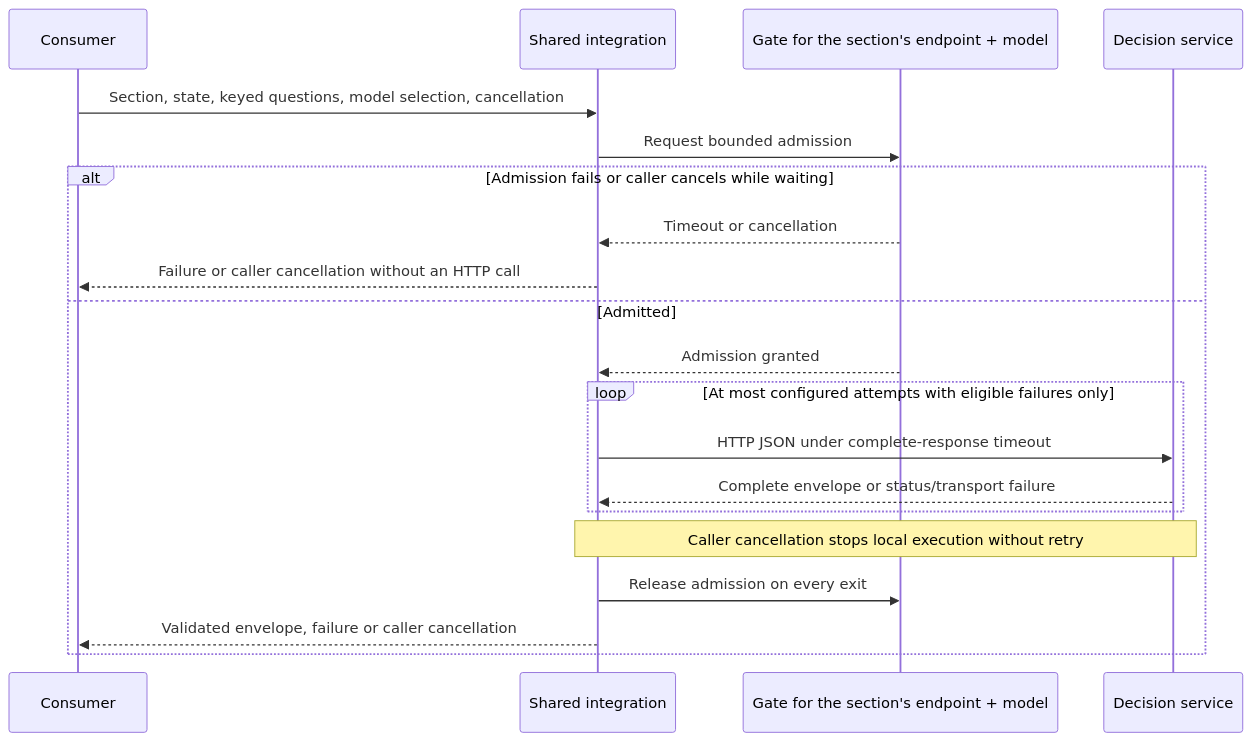
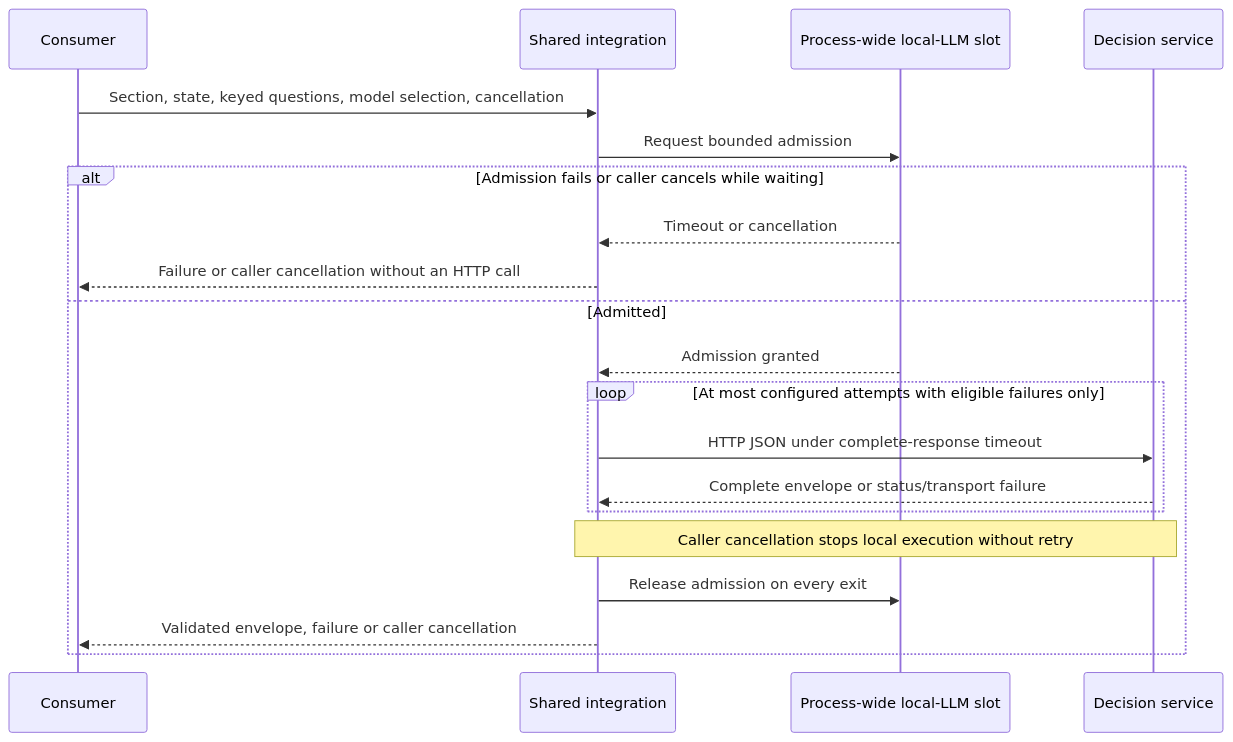
Before and after one commit to generic-automation-and-it/smooth-llm-imposter: the diagram in docs/hlds/015-shared-decision-model-integration/diagrams/sequence-bounded-call.md, drawn with Mermaid. The commit also changed 49 other files, not shown here.

First line of the commit message:
feat[247]: share one local-llm slot across decision and optimizer calls (#248)

````diff
--- a/docs/hlds/015-shared-decision-model-integration/diagrams/sequence-bounded-call.md
+++ b/docs/hlds/015-shared-decision-model-integration/diagrams/sequence-bounded-call.md
@@ -3,22 +3,22 @@
 ```mermaid
 sequenceDiagram
     participant Consumer
     participant Integration as Shared integration
-    participant Gate as Gate for the section's endpoint + model
+    participant Gate as Process-wide local-LLM slot
     participant Service as Decision service
     Consumer->>Integration: Section, state, keyed questions, model selection, cancellation
     Integration->>Gate: Request bounded admission
     alt Admission fails or caller cancels while waiting
         Gate-->>Integration: Timeout or cancellation
         Integration-->>Consumer: Failure or caller cancellation without an HTTP call
     else Admitted
         Gate-->>Integration: Admission granted
         loop At most configured attempts with eligible failures only
             Integration->>Service: HTTP JSON under complete-response timeout
             Service-->>Integration: Complete envelope or status/transport failure
         end
         Note over Integration,Service: Caller cancellation stops local execution without retry
         Integration->>Gate: Release admission on every exit
         Integration-->>Consumer: Validated envelope, failure or caller cancellation
     end
 ```
````
